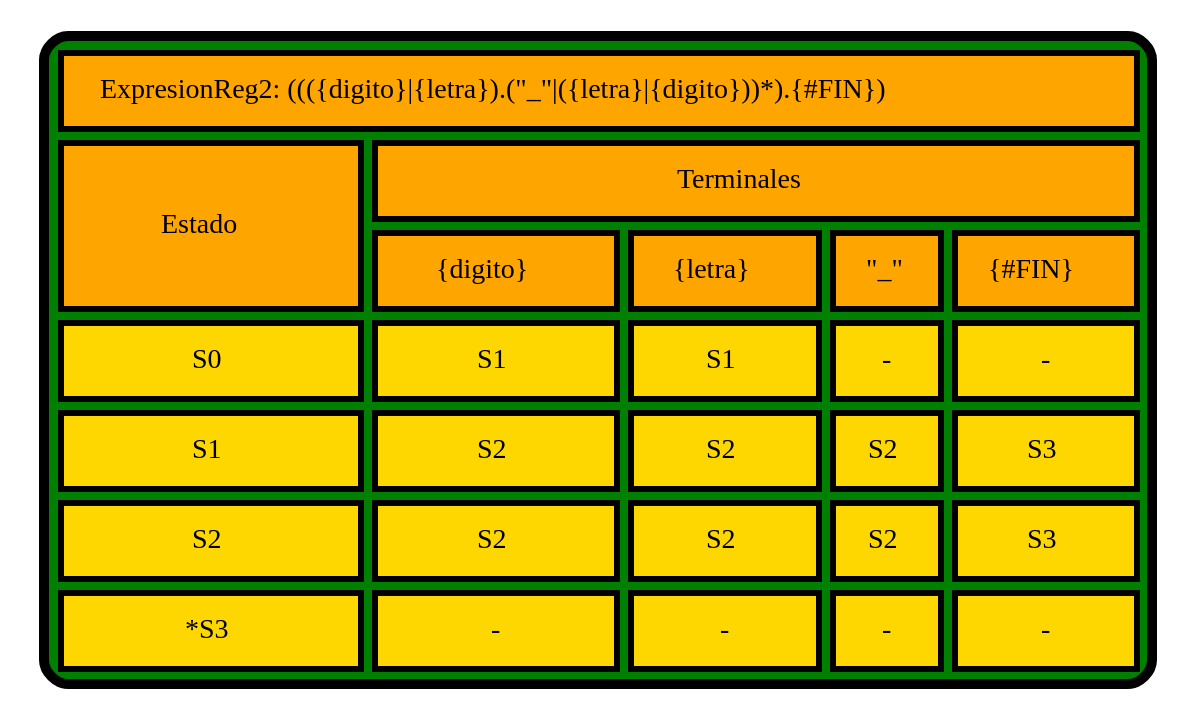
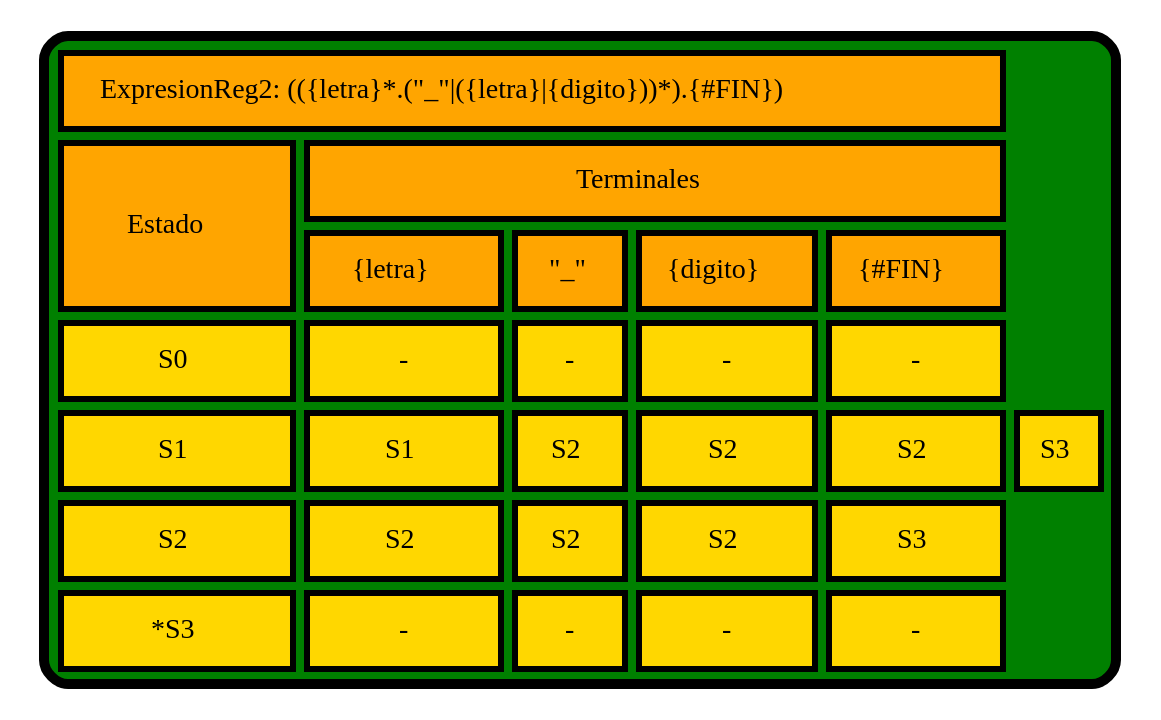
One commit to PikaGuty/OLC1_Proyecto1_202004765 changed the diagram in TRANSICIONES_202004765/TablaTrans_ExpresionReg2.dot. Above: the diagram before and after it, drawn with Graphviz. The commit also changed 17 other files, not shown here.

```diff
--- a/TRANSICIONES_202004765/TablaTrans_ExpresionReg2.dot
+++ b/TRANSICIONES_202004765/TablaTrans_ExpresionReg2.dot
@@ -1,44 +1,45 @@
 digraph G { 
 label=<
 <TABLE border="5" cellspacing="4" cellpadding="10" style="rounded" bgcolor="green" gradientangle="315">
 <TR>
-<TD border="3"  colspan="5" bgcolor="orange">ExpresionReg2: ((({digito}|{letra}).("_"|({letra}|{digito}))*).{#FIN})</TD>
+<TD border="3"  colspan="5" bgcolor="orange">ExpresionReg2: (({letra}*.("_"|({letra}|{digito}))*).{#FIN})</TD>
 </TR>
 <TR>
 <TD border="3"  rowspan="2" bgcolor="orange">Estado</TD>
 <TD border="3"  colspan="4" bgcolor="orange">Terminales</TD>
 </TR>
 <TR>
-<TD border="3" bgcolor="orange">{digito}</TD>
 <TD border="3" bgcolor="orange">{letra}</TD>
 <TD border="3" bgcolor="orange">"_"</TD>
+<TD border="3" bgcolor="orange">{digito}</TD>
 <TD border="3" bgcolor="orange">{#FIN}</TD>
 </TR>
 <TR>
-<TD border="3"  bgcolor="gold">S0</TD><TD border="3" bgcolor="gold">S1</TD>
-<TD border="3" bgcolor="gold">S1</TD>
+<TD border="3"  bgcolor="gold">S0</TD><TD border="3" bgcolor="gold">-</TD>
+<TD border="3" bgcolor="gold">-</TD>
 <TD border="3" bgcolor="gold">-</TD>
 <TD border="3" bgcolor="gold">-</TD>
 </TR>
 <TR>
-<TD border="3"  bgcolor="gold">S1</TD><TD border="3" bgcolor="gold">S2</TD>
+<TD border="3"  bgcolor="gold">S1</TD><TD border="3" bgcolor="gold">S1</TD>
+<TD border="3" bgcolor="gold">S2</TD>
 <TD border="3" bgcolor="gold">S2</TD>
 <TD border="3" bgcolor="gold">S2</TD>
 <TD border="3" bgcolor="gold">S3</TD>
 </TR>
 <TR>
 <TD border="3"  bgcolor="gold">S2</TD><TD border="3" bgcolor="gold">S2</TD>
 <TD border="3" bgcolor="gold">S2</TD>
 <TD border="3" bgcolor="gold">S2</TD>
 <TD border="3" bgcolor="gold">S3</TD>
 </TR>
 <TR>
 <TD border="3"  bgcolor="gold">*S3</TD><TD border="3" bgcolor="gold">-</TD>
 <TD border="3" bgcolor="gold">-</TD>
 <TD border="3" bgcolor="gold">-</TD>
 <TD border="3" bgcolor="gold">-</TD>
 </TR>
 </TABLE>>
 
 
 }
```
